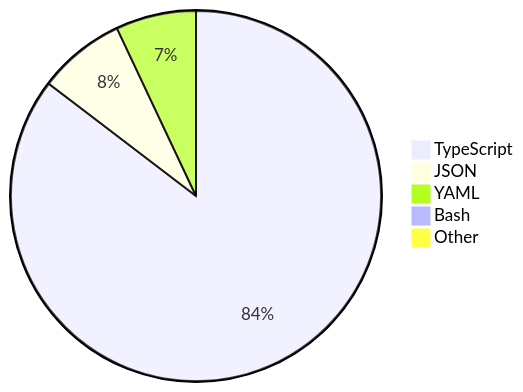
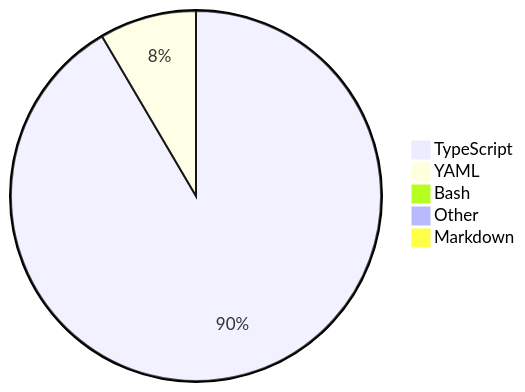
Before and after one commit to skvggor/skvggor: the diagram in README.md, drawn with Mermaid.

Commit message:
Updated waka-readme graph with new metrics

````diff
--- a/README.md
+++ b/README.md
@@ -39,8 +39,8 @@
 ```mermaid
 pie
-    "TypeScript" : 84.0
-    "JSON" : 7.5
-    "YAML" : 6.9
-    "Bash" : 0.7
-    "Other" : 0.5
+    "TypeScript" : 89.7
+    "YAML" : 8.3
+    "Bash" : 0.8
+    "Other" : 0.6
+    "Markdown" : 0.2
 ```
````
